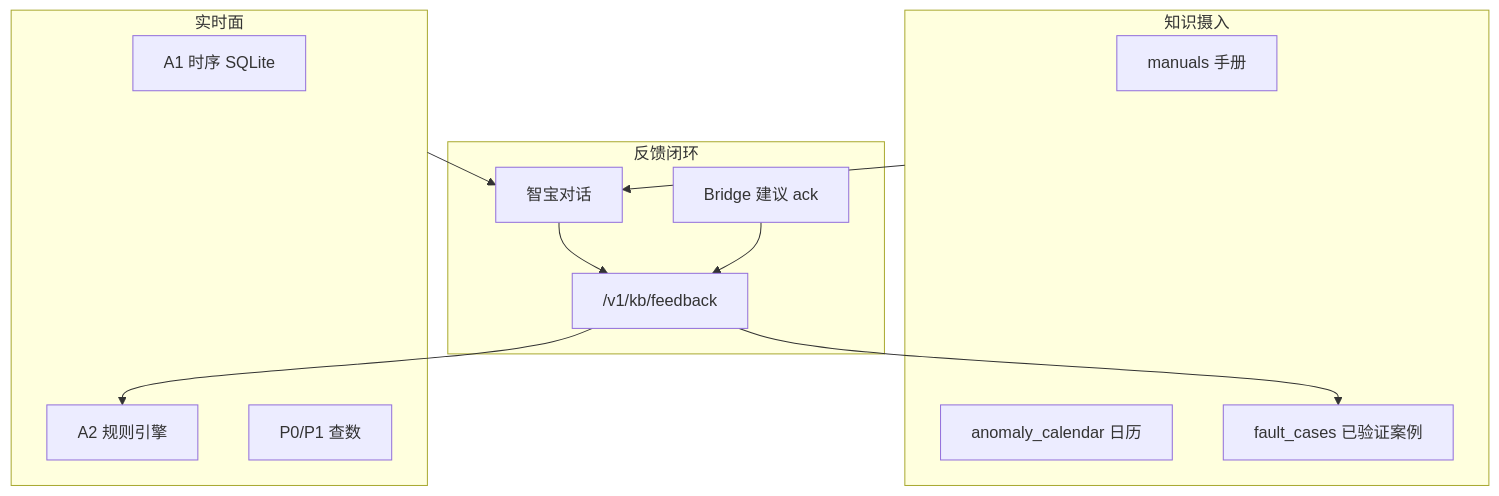
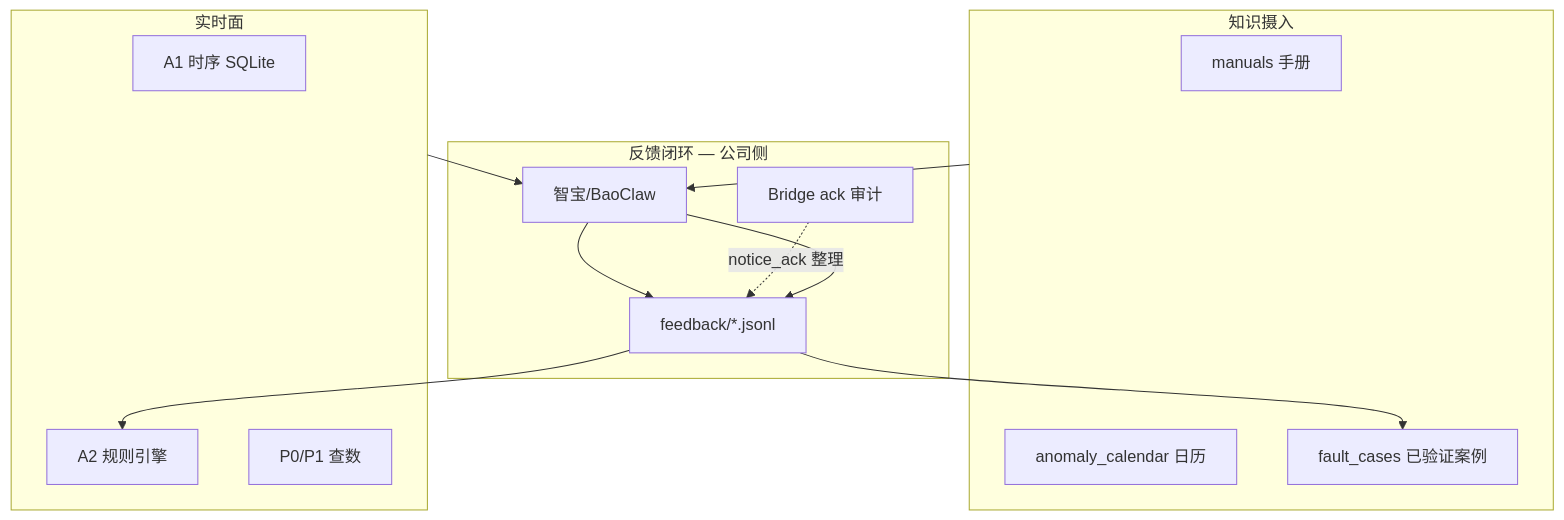
Before and after one commit to tempcy/CornerstoneMock: the sixth of 6 diagrams in PLAN.md, drawn with Mermaid. The commit also changed other lines of this file and 9 other files, not shown here.

Commit message:
Implement Plan A: company-side feedback JSONL and feedback_tool CLI

````diff
--- a/PLAN.md
+++ b/PLAN.md
@@ -397,24 +397,25 @@
 ```mermaid
 flowchart TB
   subgraph ingest [知识摄入]
     M[manuals 手册]
     AC[anomaly_calendar 日历]
     FC[fault_cases 已验证案例]
   end
   subgraph live [实时面]
     A1[A1 时序 SQLite]
     A2[A2 规则引擎]
     P1[P0/P1 查数]
   end
-  subgraph loop [反馈闭环]
-    Z[智宝对话]
-    FB["/v1/kb/feedback"]
-    BR[Bridge 建议 ack]
+  subgraph loop [反馈闭环 — 公司侧]
+    Z[智宝/BaoClaw]
+    FB["feedback/*.jsonl"]
+    BR[Bridge ack 审计]
+    Z --> FB
+    BR -.->|notice_ack 整理| FB
   end
   ingest --> Z
   live --> Z
   Z --> FB
-  BR --> FB
   FB --> FC
   FB --> A2
 ```
````
